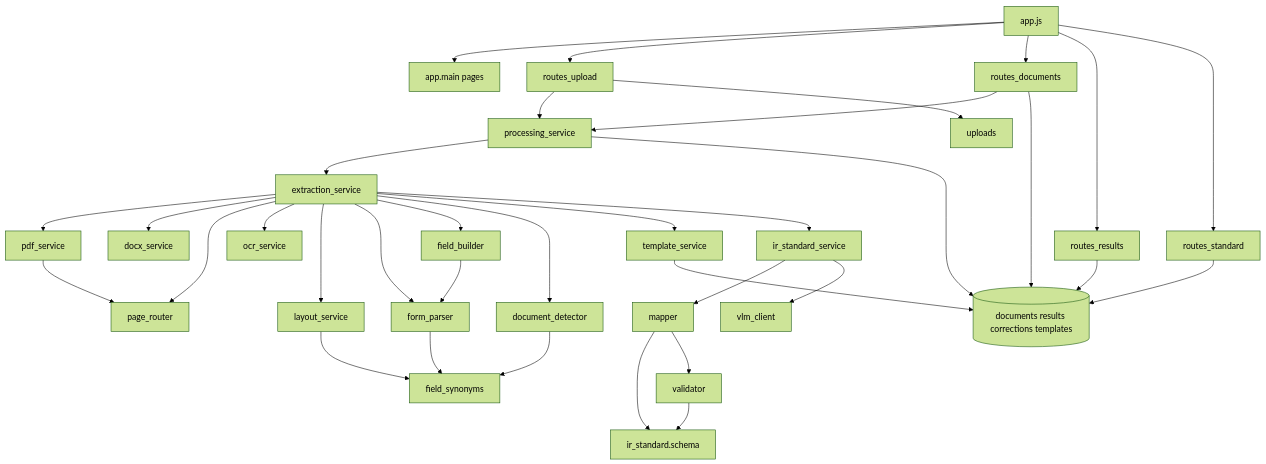
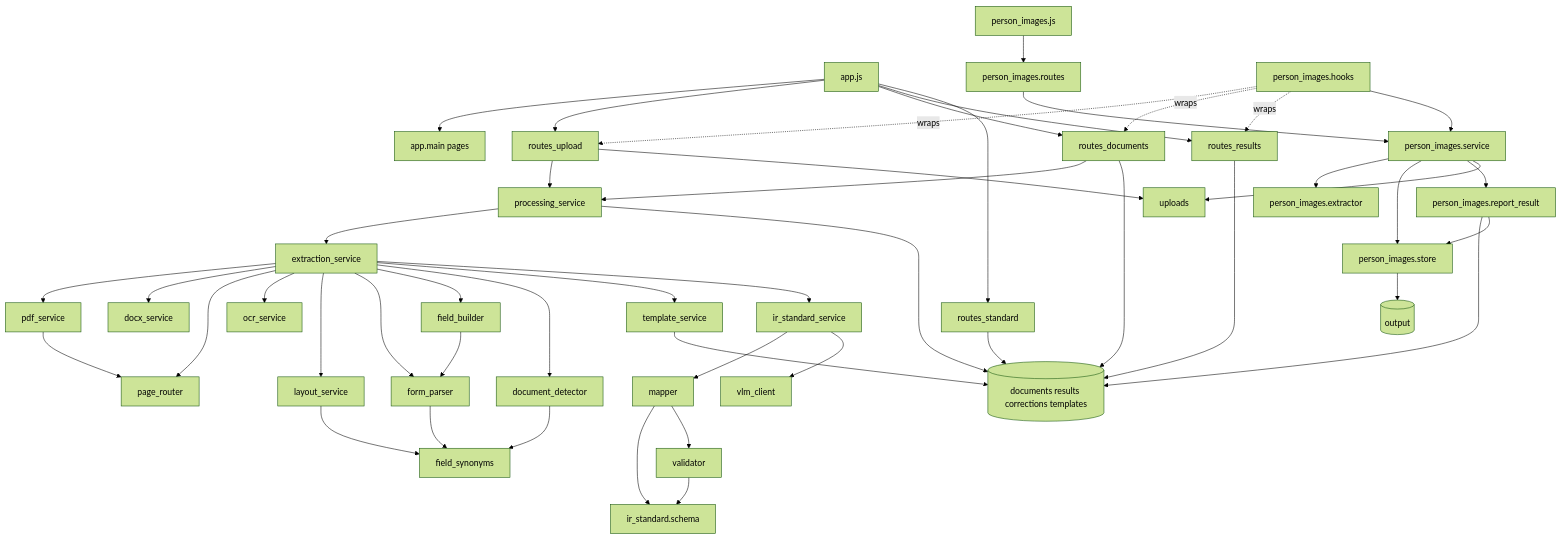
The fourth of 4 diagrams in IR_OCR-application-analysis.md (BCSS-Nandeep/CHARGE_SHEET_OCR), drawn with Mermaid (forest theme) before and after one commit. The commit also changed other lines of this file and 1 other file, not shown here.

````diff
--- a/IR_OCR-application-analysis.md
+++ b/IR_OCR-application-analysis.md
@@ -669,11 +657,18 @@
 ```mermaid
 flowchart TD
     UI[app.js]
+    PIJS[person_images.js]
     MAIN[app.main pages]
     UP[routes_upload]
     DOC[routes_documents]
     RES[routes_results]
     STDAPI[routes_standard]
+    PIAPI[person_images.routes]
+    HOOK[person_images.hooks]
+    PISVC[person_images.service]
+    PIEXT[person_images.extractor]
+    PISTORE[person_images.store]
+    PIREP[person_images.report_result]
     PROC[processing_service]
     EX[extraction_service]
     PDF[pdf_service]
@@ -693,12 +688,26 @@
     VLM[vlm_client]
     DB[(documents results corrections templates)]
     DISK[uploads]
+    OUT[(output)]
 
     UI --> MAIN
     UI --> UP
     UI --> DOC
     UI --> RES
     UI --> STDAPI
+    PIJS --> PIAPI
+    HOOK -. wraps .-> UP
+    HOOK -. wraps .-> DOC
+    HOOK -. wraps .-> RES
+    HOOK --> PISVC
+    PIAPI --> PISVC
+    PISVC --> PIEXT
+    PISVC --> PISTORE
+    PISVC --> PIREP
+    PIREP --> DB
+    PIREP --> PISTORE
+    PISVC --> DISK
+    PISTORE --> OUT
     UP --> PROC
     DOC --> PROC
     PROC --> EX
````
